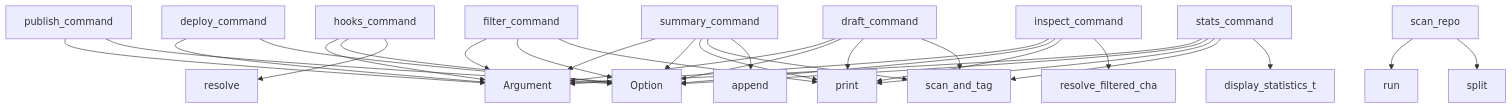
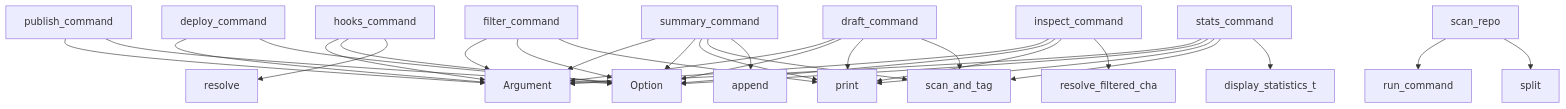
Before and after one commit to semcod/tagi: the diagram in project/context.md, drawn with Mermaid. The commit also changed other lines of this file and 17 other files, not shown here.

````diff
--- a/project/context.md
+++ b/project/context.md
@@ -485,33 +486,33 @@
 ```mermaid
 graph TD
     publish_command --> Argument
     publish_command --> Option
     summary_command --> Argument
     summary_command --> Option
     summary_command --> print
     summary_command --> scan_and_tag
     summary_command --> append
     hooks_command --> Argument
     hooks_command --> Option
     hooks_command --> resolve
     deploy_command --> Argument
     deploy_command --> Option
     inspect_command --> Argument
     inspect_command --> Option
     inspect_command --> print
     inspect_command --> resolve_filtered_cha
     draft_command --> Argument
     draft_command --> Option
     draft_command --> print
     draft_command --> scan_and_tag
     filter_command --> Argument
     filter_command --> Option
     filter_command --> print
     stats_command --> Argument
     stats_command --> Option
     stats_command --> print
     stats_command --> scan_and_tag
     stats_command --> display_statistics_t
-    scan_repo --> run
+    scan_repo --> run_command
     scan_repo --> split
 ```
````
